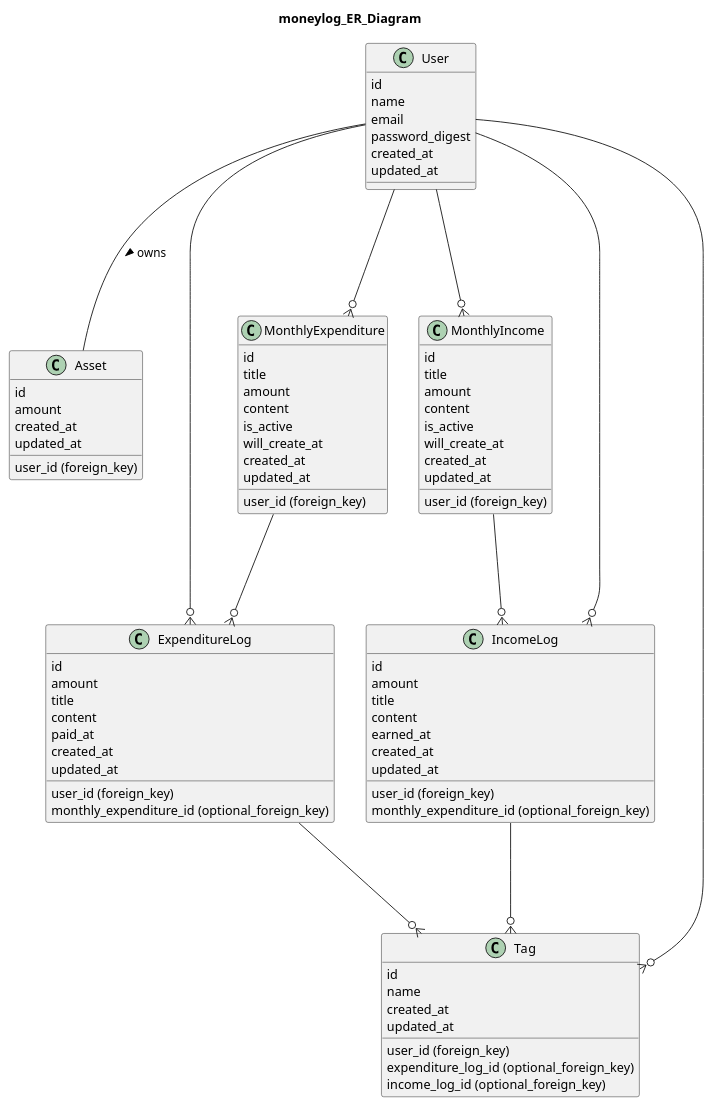
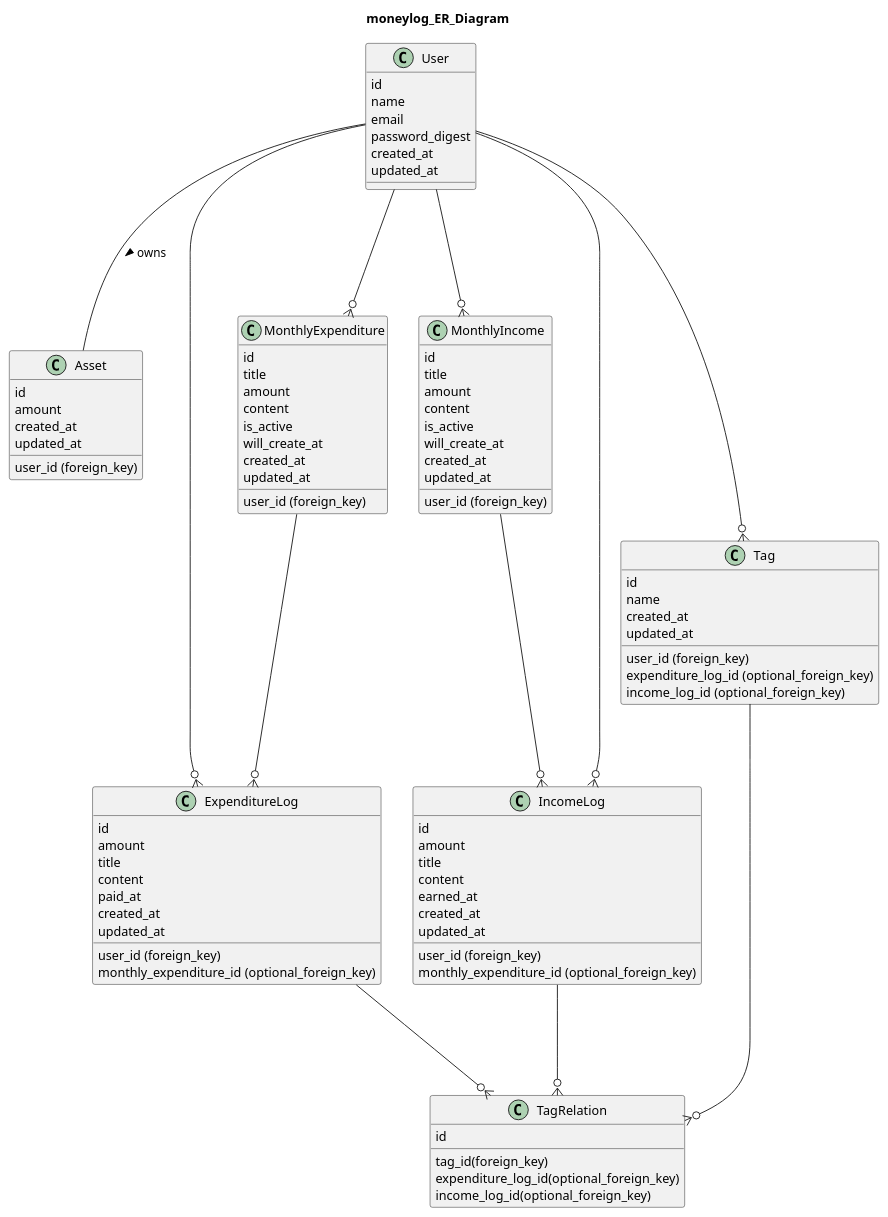
Before and after one commit to digitter/moneylog: the diagram in moneylog_doc/moneylog_uml.pu, drawn with PlantUML. The commit also changed 2 other files, not shown here.

```diff
--- a/moneylog_doc/moneylog_uml.pu
+++ b/moneylog_doc/moneylog_uml.pu
@@ -1,86 +1,94 @@
 @startuml
   title moneylog_ER_Diagram
 
   ' Relationship
   User --- Asset: owns >
   User ---o{ ExpenditureLog
   User ---o{ IncomeLog
   User ---o{ MonthlyExpenditure
   User ---o{ MonthlyIncome
   User ---o{ Tag
 
   MonthlyExpenditure ---o{ ExpenditureLog
   MonthlyIncome ---o{ IncomeLog
 
-  IncomeLog ---o{ Tag
-  ExpenditureLog ---o{ Tag
+  IncomeLog ---o{ TagRelation
+  ExpenditureLog ---o{ TagRelation
+
+  Tag --o{ TagRelation
 
   class User {
     id
     name
     email
     password_digest
     created_at
     updated_at
   }
   class Asset {
     id
     user_id (foreign_key)
     amount
     created_at
     updated_at
   }
   class MonthlyExpenditure {
     id
     user_id (foreign_key)
     title
     amount
     content
     is_active
     will_create_at
     created_at
     updated_at
   }
   class MonthlyIncome {
     id
     user_id (foreign_key)
     title
     amount
     content
     is_active
     will_create_at
     created_at
     updated_at
   }
   class IncomeLog {
     id
     user_id (foreign_key)
     monthly_expenditure_id (optional_foreign_key)
     amount
     title
     content
     earned_at
     created_at
     updated_at
   }
   class ExpenditureLog {
     id
     user_id (foreign_key)
     monthly_expenditure_id (optional_foreign_key)
     amount
     title
     content
     paid_at
     created_at
     updated_at
   }
+  class TagRelation {
+    id
+    tag_id(foreign_key)
+    expenditure_log_id(optional_foreign_key)
+    income_log_id(optional_foreign_key)
+  }
   class Tag {
     id
     user_id (foreign_key)
     expenditure_log_id (optional_foreign_key)
     income_log_id (optional_foreign_key)
     name
     created_at
     updated_at
   }
 @enduml
```
